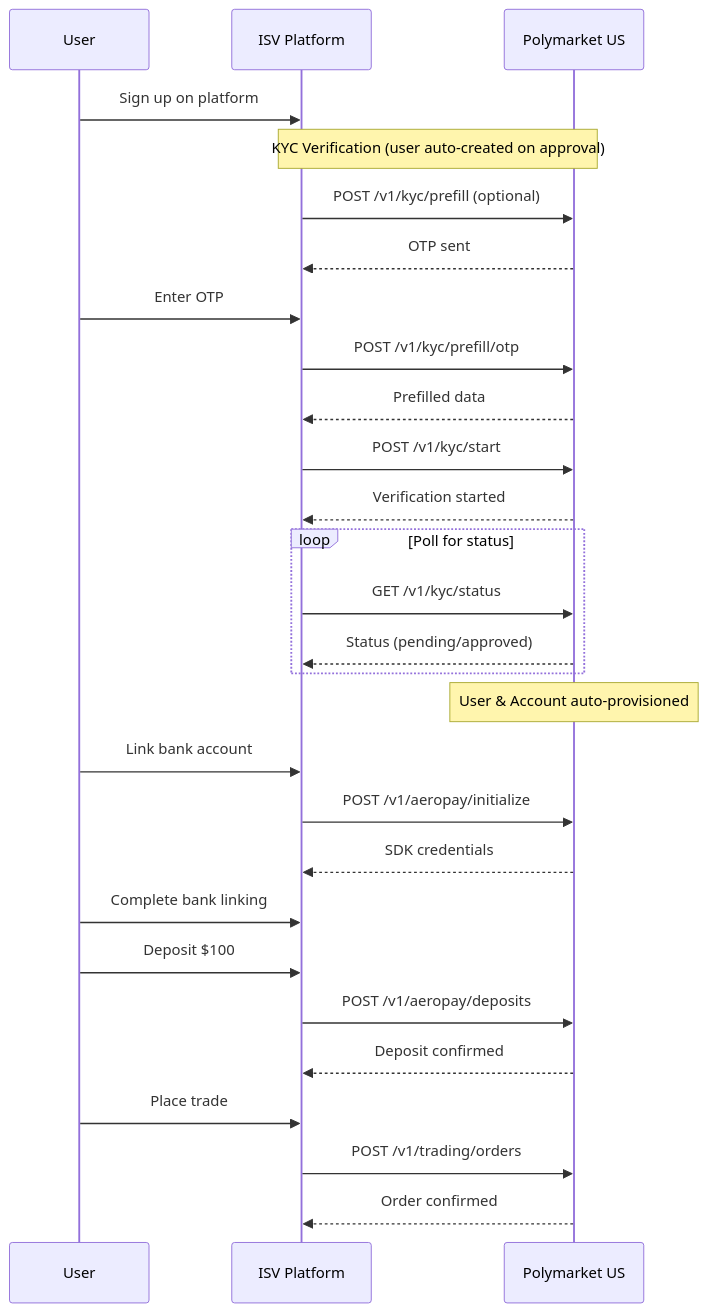
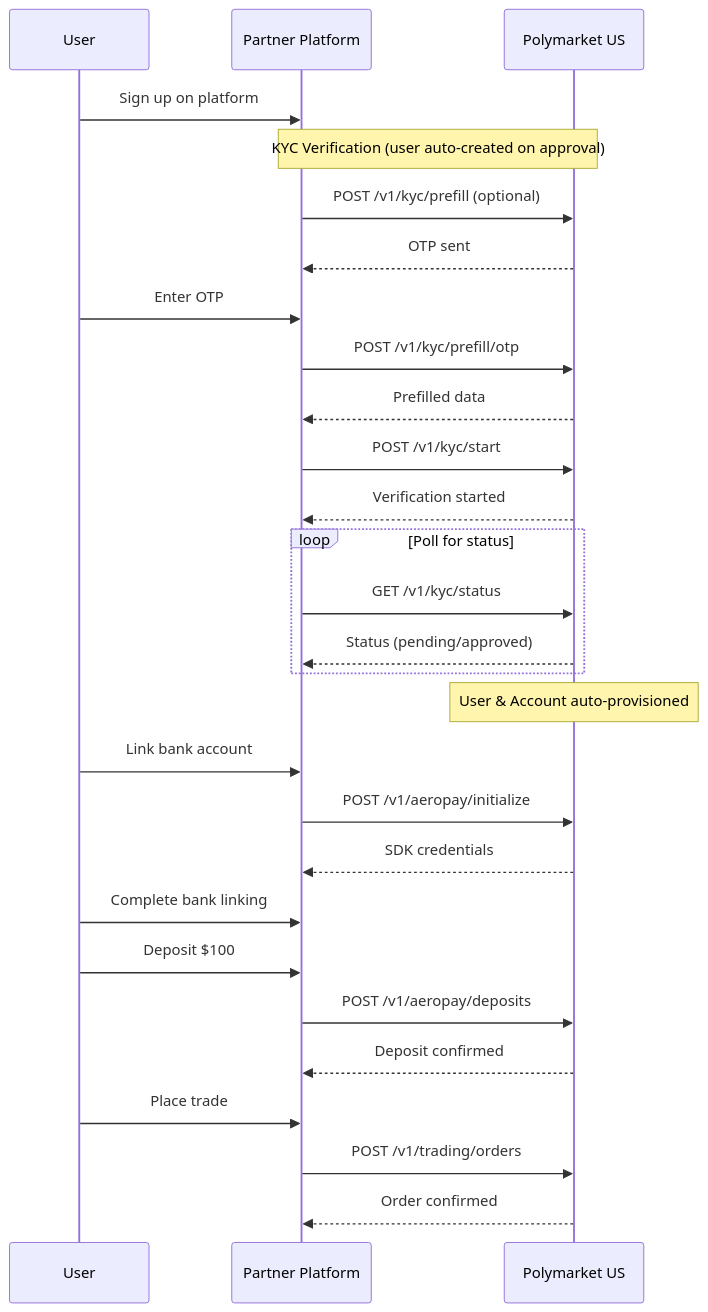
One commit to chrisr-a11y/docs changed the second of 2 diagrams in isv-partners/overview.mdx. Above: the diagram before and after it, drawn with Mermaid. The commit also changed other lines of this file and 11 other files, not shown here.

First line of the commit message:
docs: Update onboarding docs per feedback, replace ISV with Partner

````diff
--- a/isv-partners/overview.mdx
+++ b/isv-partners/overview.mdx
@@ -89,37 +89,37 @@
 ```mermaid
 sequenceDiagram
     participant U as User
-    participant I as ISV Platform
+    participant I as Partner Platform
     participant P as Polymarket US
 
     U->>I: Sign up on platform
 
     Note over I,P: KYC Verification (user auto-created on approval)
     I->>P: POST /v1/kyc/prefill (optional)
     P-->>I: OTP sent
     U->>I: Enter OTP
     I->>P: POST /v1/kyc/prefill/otp
     P-->>I: Prefilled data
     I->>P: POST /v1/kyc/start
     P-->>I: Verification started
 
     loop Poll for status
         I->>P: GET /v1/kyc/status
         P-->>I: Status (pending/approved)
     end
 
     Note over P: User & Account auto-provisioned
 
     U->>I: Link bank account
     I->>P: POST /v1/aeropay/initialize
     P-->>I: SDK credentials
     U->>I: Complete bank linking
 
     U->>I: Deposit $100
     I->>P: POST /v1/aeropay/deposits
     P-->>I: Deposit confirmed
 
     U->>I: Place trade
     I->>P: POST /v1/trading/orders
     P-->>I: Order confirmed
 ```
````
